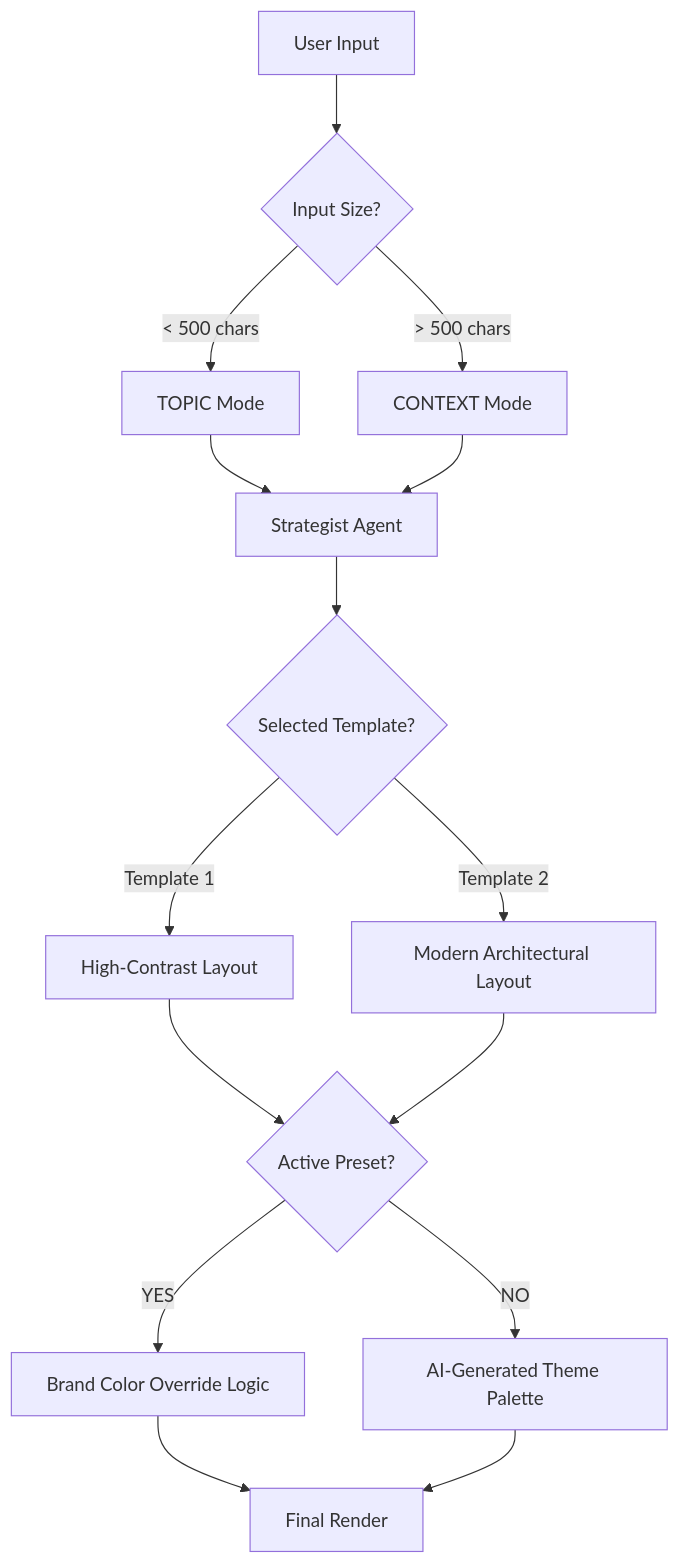
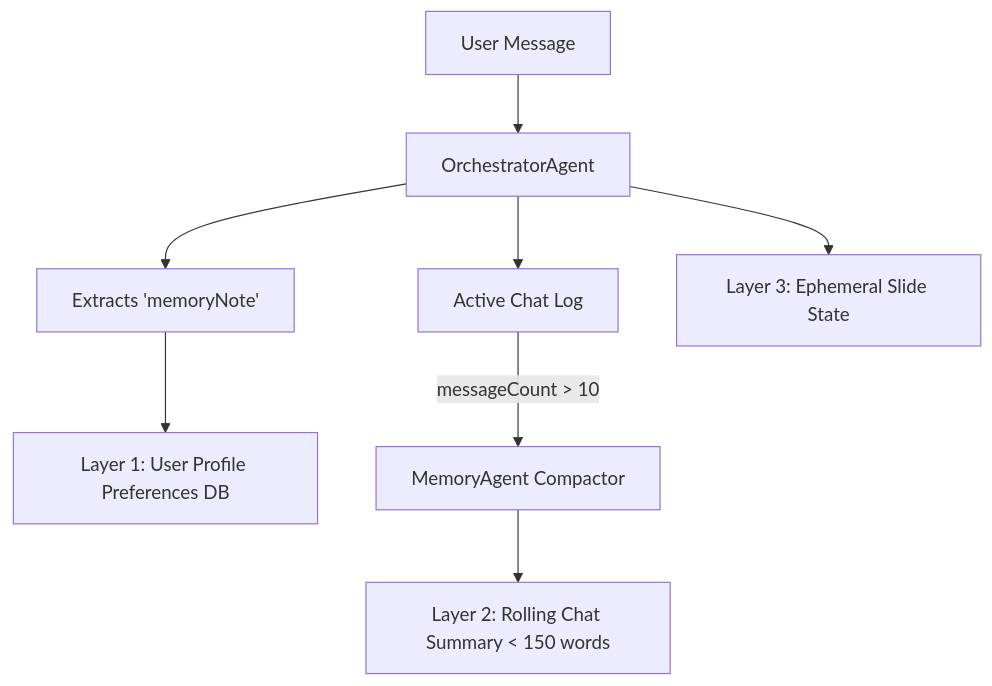
One commit to ali050786/agentic-car changed the second of 2 diagrams in TECHNICAL_DEEP_DIVE.md. Above: the diagram before and after it, drawn with Mermaid. The commit also changed other lines of this file and 22 other files, not shown here.

````diff
--- a/TECHNICAL_DEEP_DIVE.md
+++ b/TECHNICAL_DEEP_DIVE.md
@@ -58,21 +88,12 @@
 ```mermaid
 graph TD
-    A[User Input] --> B{Input Size?}
-    B -- < 500 chars --> C[TOPIC Mode]
-    B -- > 500 chars --> D[CONTEXT Mode]
+    UserMsg[User Message] --> Orchestrator[OrchestratorAgent]
+    Orchestrator --> ExtrMemory[Extracts 'memoryNote']
+    ExtrMemory --> Durable[Layer 1: User Profile Preferences DB]
     
-    C --> E[Strategist Agent]
-    D --> E
+    Orchestrator --> ChatHistory[Active Chat Log]
+    ChatHistory -- messageCount > 10 --> Compacter[MemoryAgent Compactor]
+    Compacter --> Summary[Layer 2: Rolling Chat Summary < 150 words]
     
-    E --> F{Selected Template?}
-    F -- Template 1 --> G[High-Contrast Layout]
-    F -- Template 2 --> H[Modern Architectural Layout]
-    
-    G --> I{Active Preset?}
-    H --> I
-    
-    I -- YES --> J[Brand Color Override Logic]
-    I -- NO --> K[AI-Generated Theme Palette]
-    
-    J & K --> L[Final Render]
+    Orchestrator --> Context[Layer 3: Ephemeral Slide State]
 ```
````
